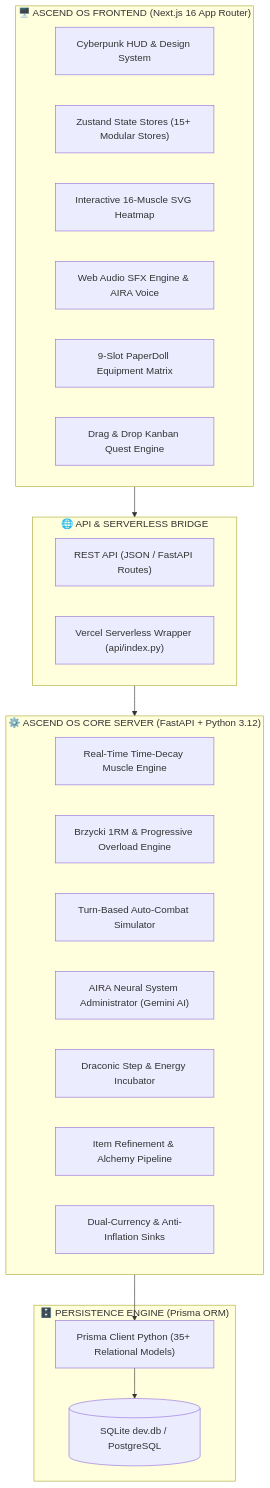
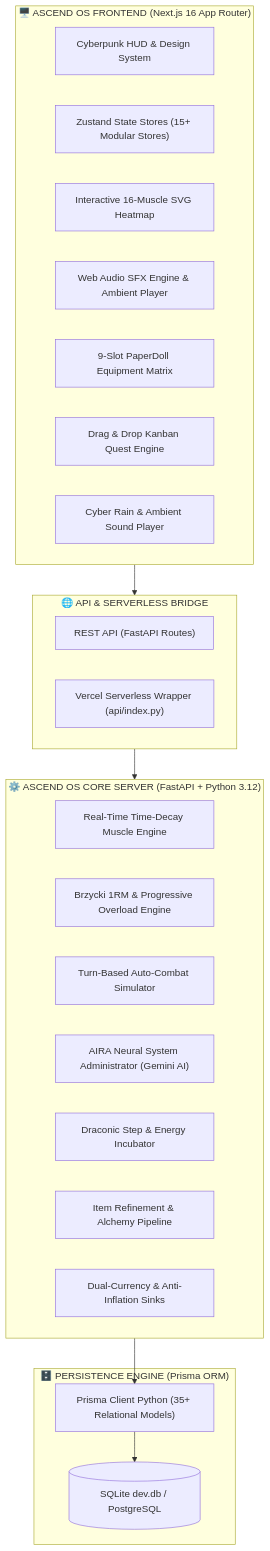
One commit to RIll-cmd/AI-HABIT changed the diagram in README.md. Above: the diagram before and after it, drawn with Mermaid. The commit also changed other lines of this file and 34 other files, not shown here.

````diff
--- a/README.md
+++ b/README.md
@@ -59,36 +316,37 @@
 ```mermaid
 flowchart TB
     subgraph Frontend["🖥️ ASCEND OS FRONTEND (Next.js 16 App Router)"]
         UI["Cyberpunk HUD & Design System"]
         Zustand["Zustand State Stores (15+ Modular Stores)"]
         Heatmap["Interactive 16-Muscle SVG Heatmap"]
-        Audio["Web Audio SFX Engine & AIRA Voice"]
+        Audio["Web Audio SFX Engine & Ambient Player"]
         PaperDoll["9-Slot PaperDoll Equipment Matrix"]
         Kanban["Drag & Drop Kanban Quest Engine"]
+        SoundPlayer["Cyber Rain & Ambient Sound Player"]
     end
 
     subgraph API_Bridge["🌐 API & SERVERLESS BRIDGE"]
-        RestAPI["REST API (JSON / FastAPI Routes)"]
+        RestAPI["REST API (FastAPI Routes)"]
         VercelHandler["Vercel Serverless Wrapper (api/index.py)"]
     end
 
     subgraph Backend["⚙️ ASCEND OS CORE SERVER (FastAPI + Python 3.12)"]
         DecayEngine["Real-Time Time-Decay Muscle Engine"]
         FitnessEngine["Brzycki 1RM & Progressive Overload Engine"]
         CombatSim["Turn-Based Auto-Combat Simulator"]
         AiraAI["AIRA Neural System Administrator (Gemini AI)"]
         BeastIncubator["Draconic Step & Energy Incubator"]
         CraftingEngine["Item Refinement & Alchemy Pipeline"]
         EconomyEngine["Dual-Currency & Anti-Inflation Sinks"]
     end
 
     subgraph Storage["🗄️ PERSISTENCE ENGINE (Prisma ORM)"]
         DB[(SQLite dev.db / PostgreSQL)]
         PrismaClient["Prisma Client Python (35+ Relational Models)"]
     end
 
     Frontend --> API_Bridge
     API_Bridge --> Backend
     Backend --> PrismaClient
     PrismaClient --> DB
 ```
````
